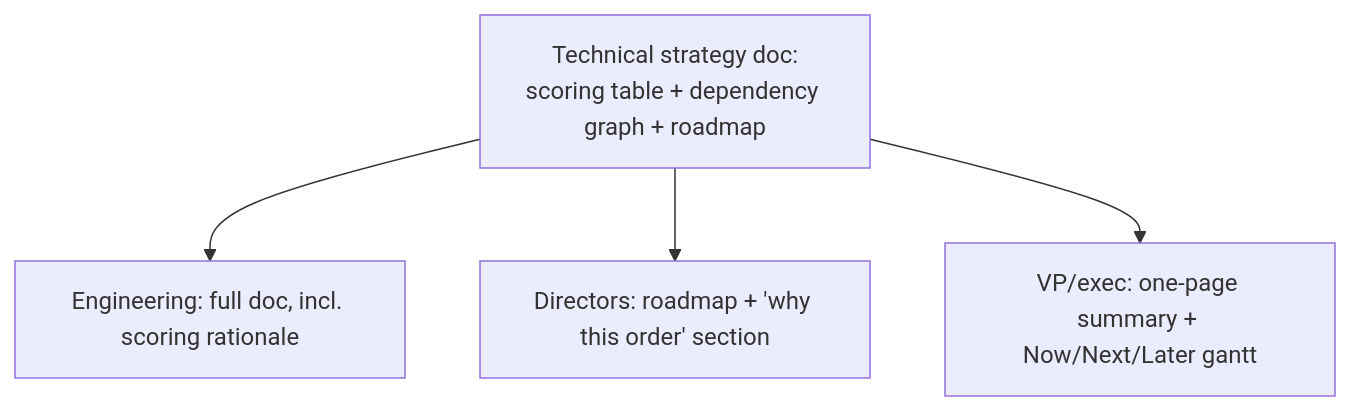
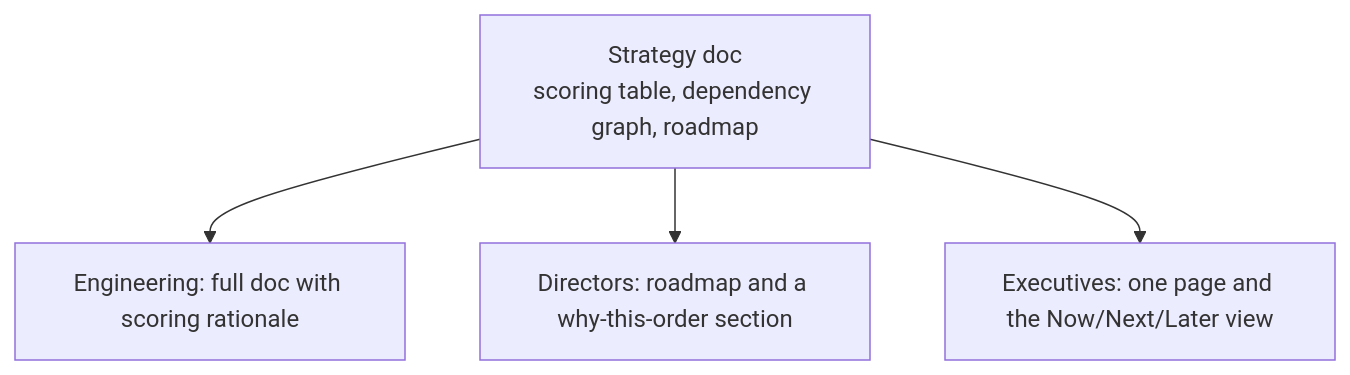
One commit to francoandreDev/knowledge changed the fourth of 4 diagrams in src/content/architecture/technical-strategy-roadmapping/L3-deep-dive.mdx. Above: the diagram before and after it, drawn with Mermaid. The commit also changed other lines of this file and 18 other files, not shown here.

Commit message:
Migrate architecture batch 4 (architecture-for-compliance, cost-aware-architecture, architecture-review, technical-strategy-roadmapping) to the three-tier exercise model

````diff
--- a/src/content/architecture/technical-strategy-roadmapping/L3-deep-dive.mdx
+++ b/src/content/architecture/technical-strategy-roadmapping/L3-deep-dive.mdx
@@ -180,7 +187,7 @@
 ```mermaid
 flowchart TD
-    Doc[Technical strategy doc:\nscoring table + dependency graph + roadmap]
-    Doc --> Eng[Engineering: full doc, incl. scoring rationale]
-    Doc --> Leads[Directors: roadmap + 'why this order' section]
-    Doc --> VP[VP/exec: one-page summary + Now/Next/Later gantt]
+    Doc["Strategy doc<br/>scoring table, dependency graph, roadmap"]
+    Doc --> Eng["Engineering: full doc with scoring rationale"]
+    Doc --> Dir["Directors: roadmap and a why-this-order section"]
+    Doc --> Exec["Executives: one page and the Now/Next/Later view"]
 ```
````
